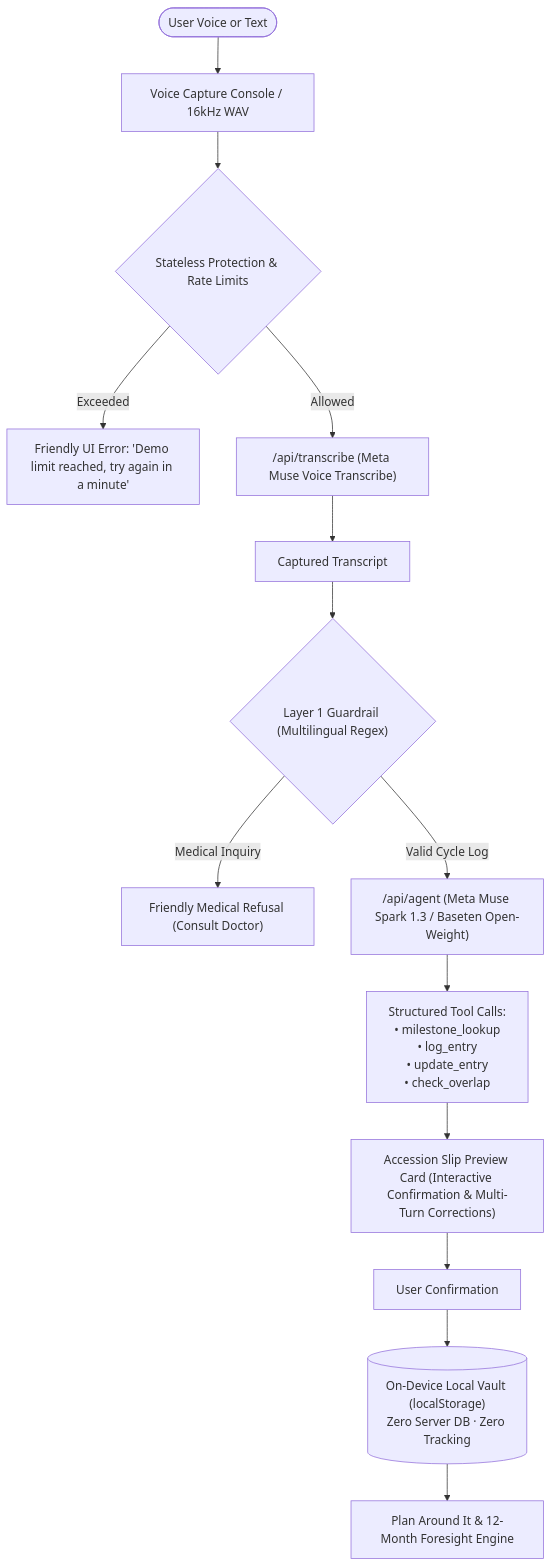
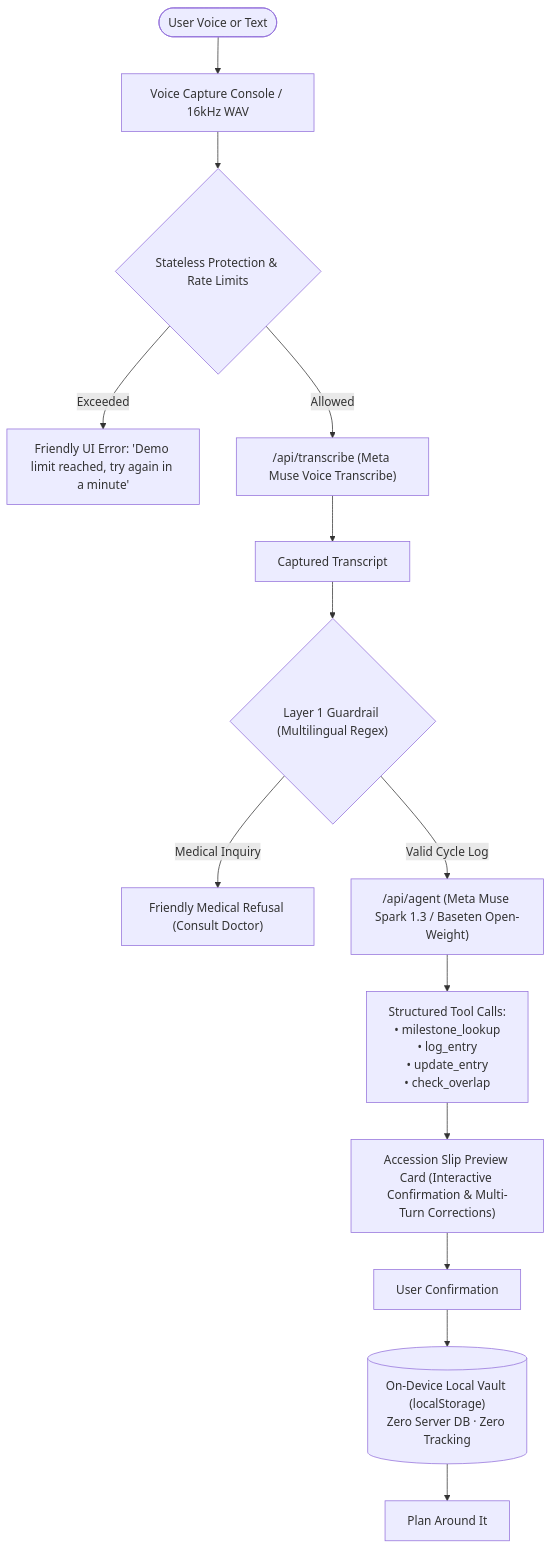
Before and after one commit to shuaib-mk/feather: the diagram in README.md, drawn with Mermaid. The commit also changed other lines of this file and 1 other file, not shown here.

Commit message:
docs: drop stale quickstart/Foresight/Spanish-demo claims, honest pitch and Vault heading

````diff
--- a/README.md
+++ b/README.md
@@ -55,16 +42,16 @@
 ```mermaid
 flowchart TD
     User([User Voice or Text]) --> Capture[Voice Capture Console / 16kHz WAV]
     Capture --> LimitCheck{Stateless Protection & Rate Limits}
     LimitCheck -- Exceeded --> Friendly429[Friendly UI Error: 'Demo limit reached, try again in a minute']
     LimitCheck -- Allowed --> TranscribeAPI["/api/transcribe (Meta Muse Voice Transcribe)"]
     TranscribeAPI --> Transcript[Captured Transcript]
     Transcript --> GuardrailCheck{"Layer 1 Guardrail (Multilingual Regex)"}
     GuardrailCheck -- Medical Inquiry --> RefusalMsg["Friendly Medical Refusal (Consult Doctor)"]
     GuardrailCheck -- Valid Cycle Log --> AgentAPI["/api/agent (Meta Muse Spark 1.3 / Baseten Open-Weight)"]
     AgentAPI --> Tools["Structured Tool Calls:\n• milestone_lookup\n• log_entry\n• update_entry\n• check_overlap"]
     Tools --> SlipPreview["Accession Slip Preview Card (Interactive Confirmation & Multi-Turn Corrections)"]
     SlipPreview --> Confirm[User Confirmation]
     Confirm --> LocalVault[("On-Device Local Vault (localStorage)\nZero Server DB · Zero Tracking")]
-    LocalVault --> OverlapEngine[Plan Around It & 12-Month Foresight Engine]
+    LocalVault --> OverlapEngine[Plan Around It]
 ```
````
